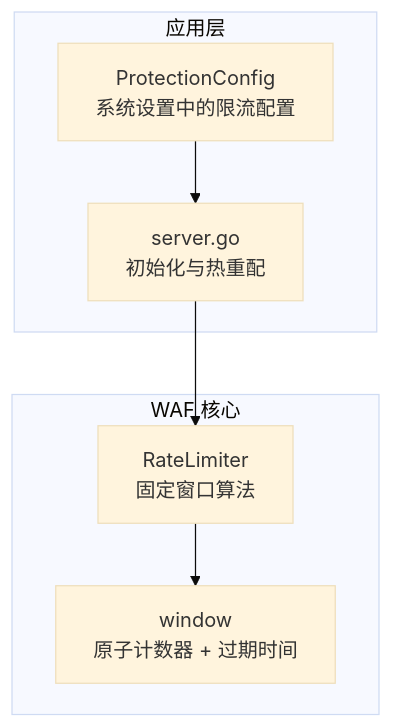
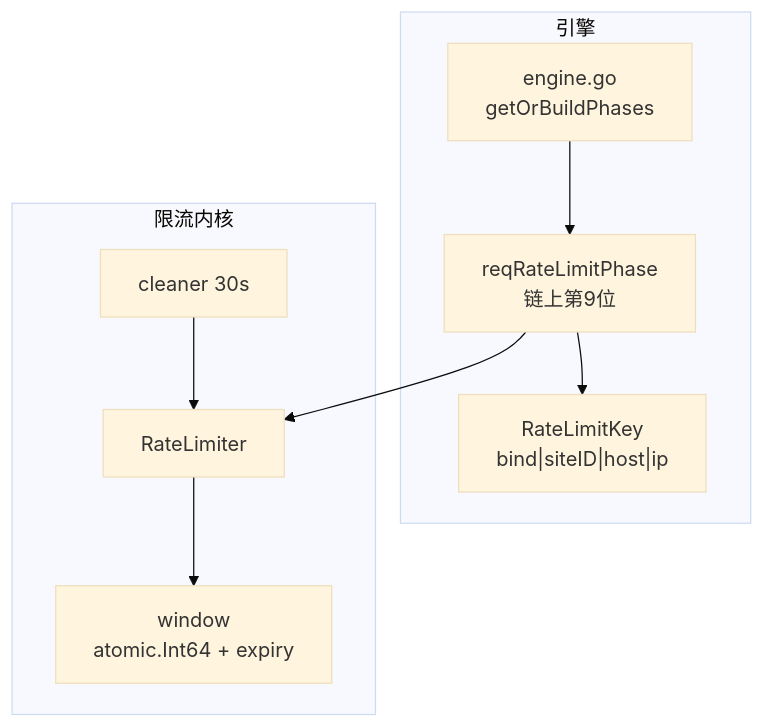
The first of 4 diagrams in docs/WAF 引擎系统/处理阶段详解/请求速率限制阶段.md (x01n/My-OpenWaf), drawn with Mermaid (base theme) before and after one commit. The commit also changed other lines of this file and 622 other files, not shown here.

````diff
--- a/docs/WAF 引擎系统/处理阶段详解/请求速率限制阶段.md
+++ b/docs/WAF 引擎系统/处理阶段详解/请求速率限制阶段.md
@@ -48,14 +52,18 @@
 ```mermaid
 graph TB
-subgraph "WAF 核心"
-RL["RateLimiter<br/>固定窗口算法"]
-RW["window<br/>原子计数器 + 过期时间"]
+subgraph "引擎"
+Engine["engine.go<br/>getOrBuildPhases"]
+Phase["reqRateLimitPhase<br/>链上第9位"]
+Key["RateLimitKey<br/>bind|siteID|host|ip"]
 end
-subgraph "应用层"
-SVR["server.go<br/>初始化与热重配"]
-CFG["ProtectionConfig<br/>系统设置中的限流配置"]
+subgraph "限流内核"
+RL["RateLimiter"]
+Win["window<br/>atomic.Int64 + expiry"]
+Clean["cleaner 30s"]
 end
-SVR --> RL
-RL --> RW
-CFG --> SVR
+Engine --> Phase
+Phase --> Key
+Phase --> RL
+RL --> Win
+Clean --> RL
 ```
````
